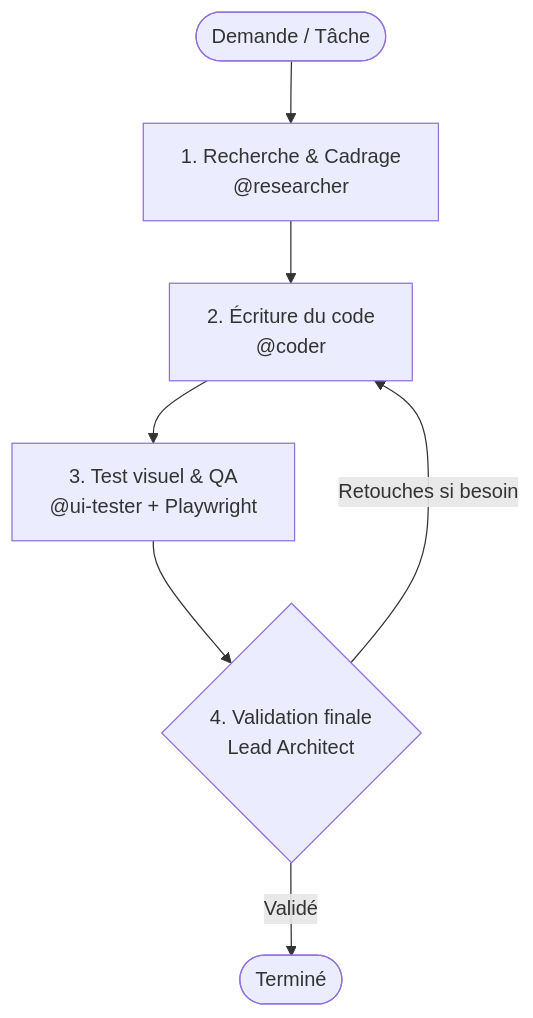
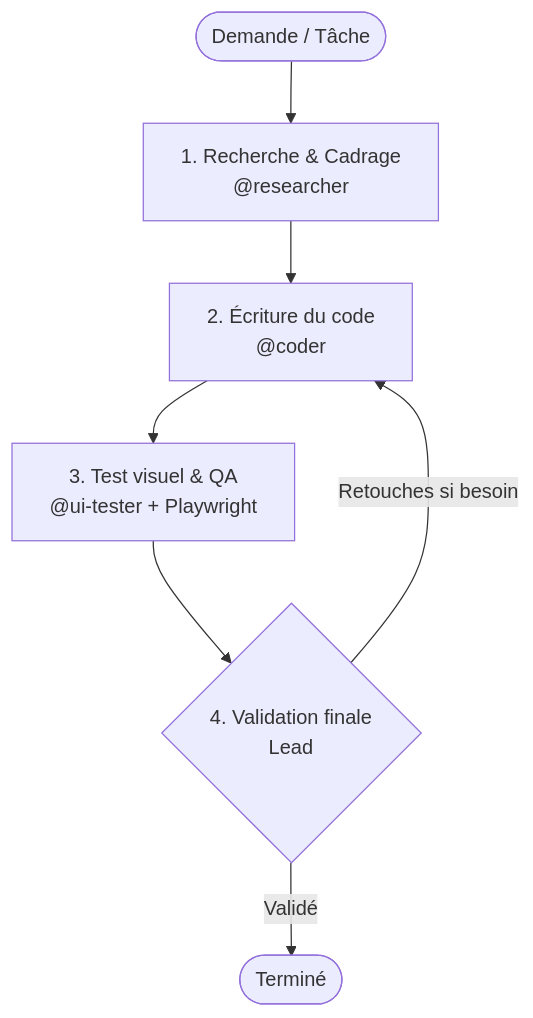
The diagram in README.fr.md (lyko27/worflow-AI), drawn with Mermaid before and after one commit. The commit also changed other lines of this file and 1 other file, not shown here.

````diff
--- a/README.fr.md
+++ b/README.fr.md
@@ -15,9 +15,9 @@
 ```mermaid
 flowchart TD
     Start([Demande / Tâche]) --> P1[1. Recherche & Cadrage\n@researcher]
     P1 --> P2[2. Écriture du code\n@coder]
     P2 --> P3[3. Test visuel & QA\n@ui-tester + Playwright]
-    P3 --> P4{4. Validation finale\nLead Architect}
+    P3 --> P4{4. Validation finale\nLead}
     P4 -- Retouches si besoin --> P2
     P4 -- Validé --> End([Terminé])
 ```
````
